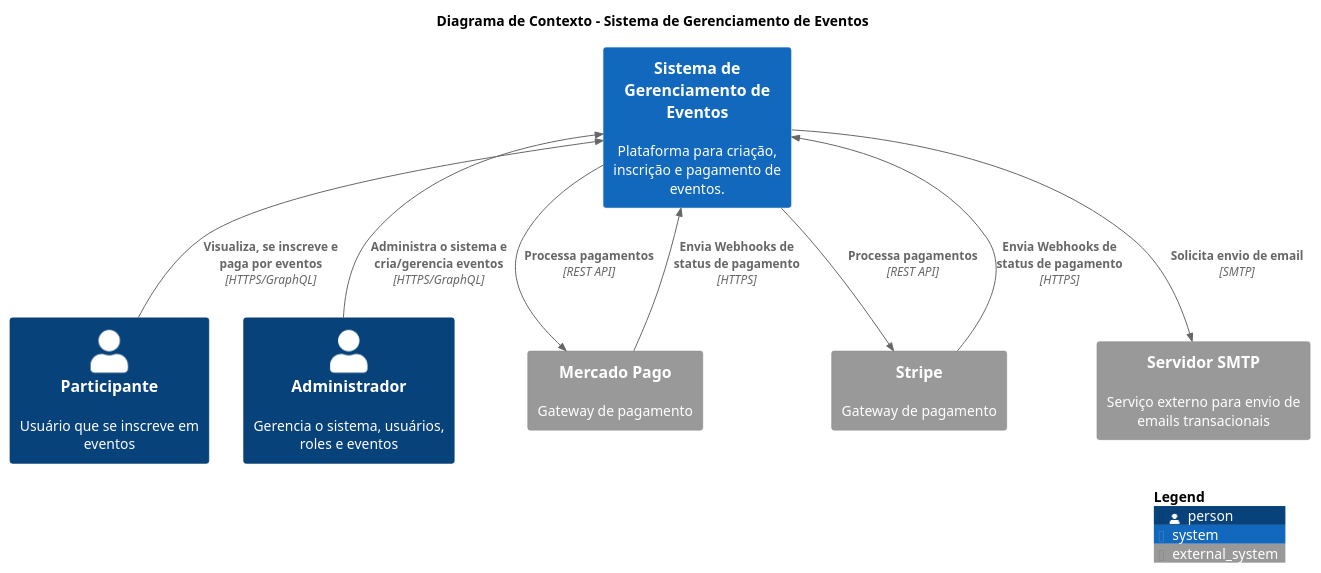
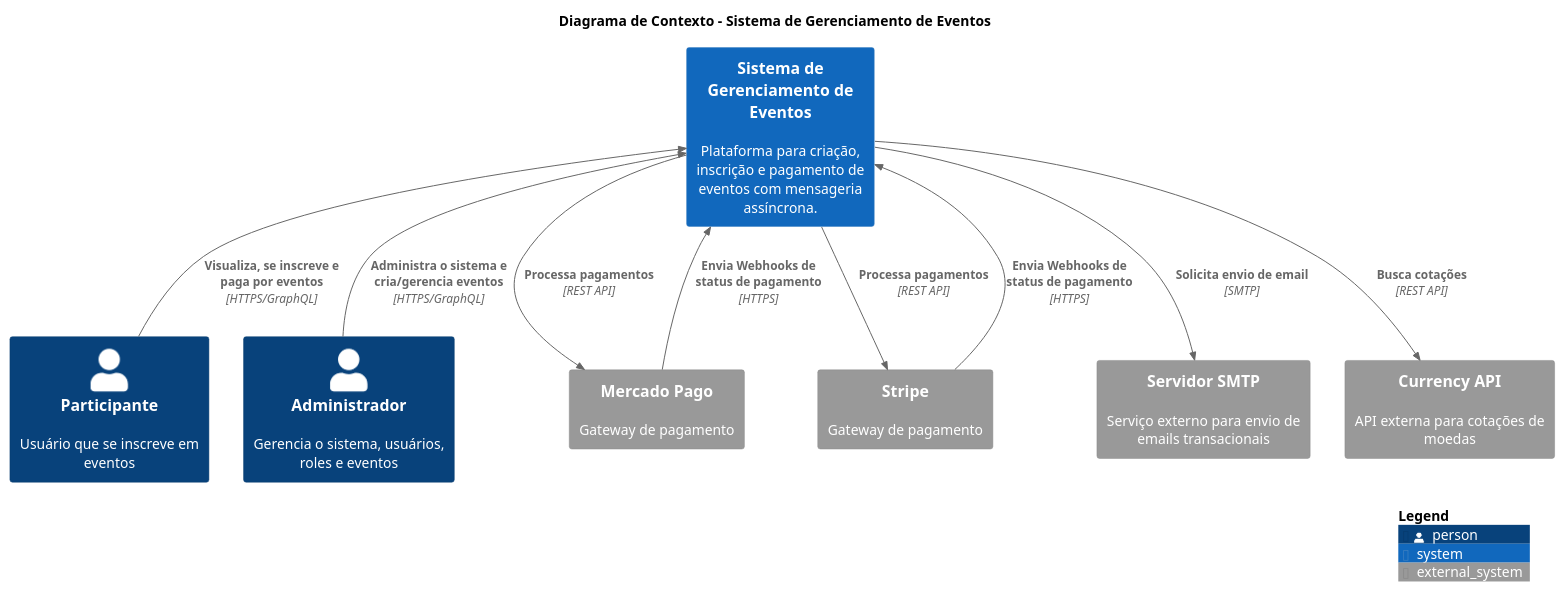
One commit to GabrielMainiere/events-backend changed the diagram in docs/diagrams/c4-context.puml. Above: the diagram before and after it, drawn with PlantUML. The commit also changed 16 other files, not shown here.

Commit message:
updating diagrams, updating readme and adding new informations

```diff
--- a/docs/diagrams/c4-context.puml
+++ b/docs/diagrams/c4-context.puml
@@ -1,26 +1,28 @@
 @startuml
 !include https://raw.githubusercontent.com/plantuml-stdlib/C4-PlantUML/refs/heads/master/C4_Context.puml
 
 title Diagrama de Contexto - Sistema de Gerenciamento de Eventos
 
 Person(attendee, "Participante", "Usuário que se inscreve em eventos")
 Person(admin, "Administrador", "Gerencia o sistema, usuários, roles e eventos")
 
-System(eventsSystem, "Sistema de Gerenciamento de Eventos", "Plataforma para criação, inscrição e pagamento de eventos.")
+System(eventsSystem, "Sistema de Gerenciamento de Eventos", "Plataforma para criação, inscrição e pagamento de eventos com mensageria assíncrona.")
 
 System_Ext(mercadoPago, "Mercado Pago", "Gateway de pagamento")
 System_Ext(stripe, "Stripe", "Gateway de pagamento")
 System_Ext(smtpServer, "Servidor SMTP", "Serviço externo para envio de emails transacionais")
+System_Ext(currencyApi, "Currency API", "API externa para cotações de moedas")
 
 Rel_U(attendee, eventsSystem, "Visualiza, se inscreve e paga por eventos", "HTTPS/GraphQL")
 Rel_U(admin, eventsSystem, "Administra o sistema e cria/gerencia eventos", "HTTPS/GraphQL")
 
 Rel_D(eventsSystem, smtpServer, "Solicita envio de email", "SMTP")
 Rel_D(eventsSystem, mercadoPago, "Processa pagamentos", "REST API")
 Rel_D(eventsSystem, stripe, "Processa pagamentos", "REST API")
+Rel_D(eventsSystem, currencyApi, "Busca cotações", "REST API")
 
 Rel_U(mercadoPago, eventsSystem, "Envia Webhooks de status de pagamento", "HTTPS")
 Rel_U(stripe, eventsSystem, "Envia Webhooks de status de pagamento", "HTTPS")
 
 SHOW_LEGEND()
 @enduml
```
